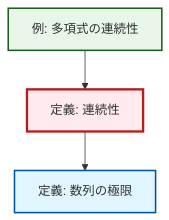
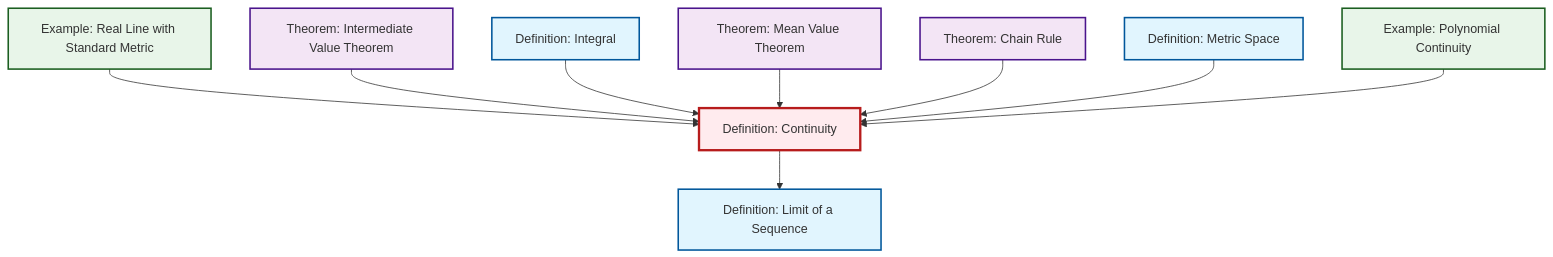
One commit to RK0429/ModernMath changed the diagram in content/ja/analysis/def-continuity.qmd. Above: the diagram before and after it, drawn with Mermaid. The commit also changed 203 other files, not shown here.

````diff
--- a/content/ja/analysis/def-continuity.qmd
+++ b/content/ja/analysis/def-continuity.qmd
@@ -58,18 +58,27 @@
 ```{mermaid}
-%%| fig-cap: "ローカル依存関係グラフ"
+%%| fig-cap: "Local dependency graph"
 graph TD
     classDef definition fill:#e1f5fe,stroke:#01579b,stroke-width:2px
     classDef theorem fill:#f3e5f5,stroke:#4a148c,stroke-width:2px
     classDef axiom fill:#fff3e0,stroke:#e65100,stroke-width:2px
     classDef example fill:#e8f5e9,stroke:#1b5e20,stroke-width:2px
     classDef current fill:#ffebee,stroke:#b71c1c,stroke-width:3px
-    def-continuity["定義: 連続性"]:::definition
-    ex-polynomial-continuity["例: 多項式の連続性"]:::example
-    def-limit["定義: 数列の極限"]:::definition
+    thm-chain-rule["Theorem: Chain Rule"]:::theorem
+    def-continuity["Definition: Continuity"]:::definition
+    ex-polynomial-continuity["Example: Polynomial Continuity"]:::example
+    def-limit["Definition: Limit of a Sequence"]:::definition
+    thm-mean-value["Theorem: Mean Value Theorem"]:::theorem
+    ex-real-line-metric["Example: Real Line with Standard Metric"]:::example
+    def-metric-space["Definition: Metric Space"]:::definition
+    def-integral["Definition: Integral"]:::definition
+    thm-intermediate-value["Theorem: Intermediate Value Theorem"]:::theorem
     def-continuity --> def-limit
+    ex-real-line-metric --> def-continuity
+    thm-intermediate-value --> def-continuity
+    def-integral --> def-continuity
+    thm-mean-value --> def-continuity
+    thm-chain-rule --> def-continuity
+    def-metric-space --> def-continuity
     ex-polynomial-continuity --> def-continuity
     class def-continuity current
-
-    click ex-polynomial-continuity "ex-polynomial-continuity.html" "Go to 例: 多項式の連続性"
-    click def-limit "def-limit.html" "Go to 定義: 数列の極限"
 ```
````
